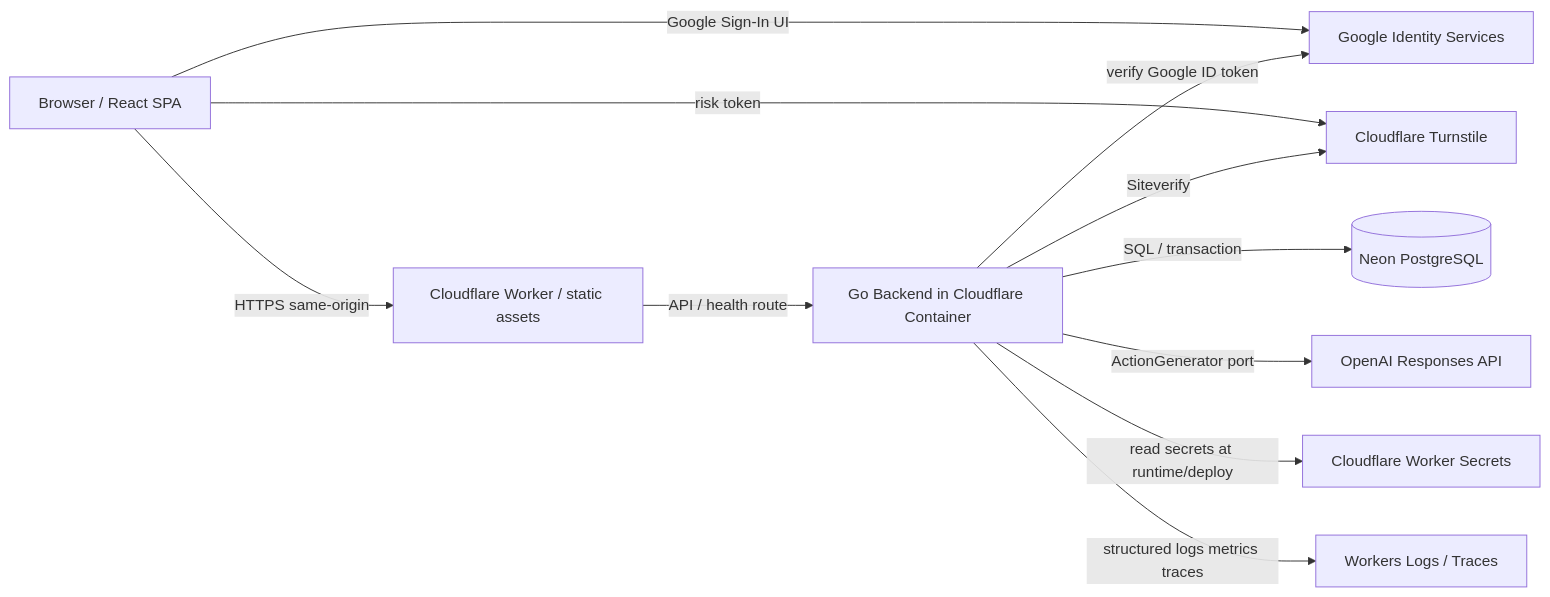
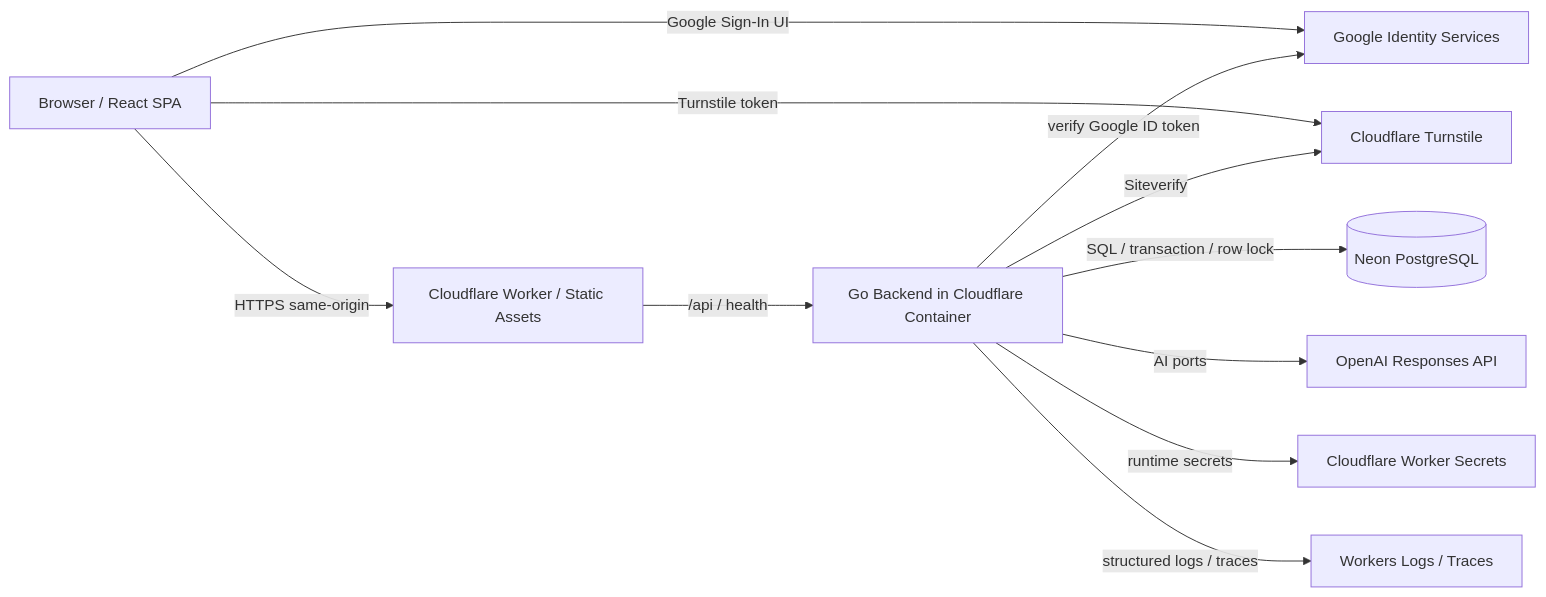
Before and after one commit to fukamu/cycle: the first of 12 diagrams in docs/design.md, drawn with Mermaid. The commit also changed other lines of this file, not shown here.

````diff
--- a/docs/design.md
+++ b/docs/design.md
@@ -163,23 +303,23 @@
 ```mermaid
 flowchart LR
     U[Browser / React SPA]
     G[Google Identity Services]
-    R[Cloudflare Turnstile]
-    W[Cloudflare Worker / static assets]
+    T[Cloudflare Turnstile]
+    W[Cloudflare Worker / Static Assets]
     B[Go Backend in Cloudflare Container]
     D[(Neon PostgreSQL)]
     O[OpenAI Responses API]
     S[Cloudflare Worker Secrets]
     L[Workers Logs / Traces]
 
     U -->|HTTPS same-origin| W
-    W -->|API / health route| B
+    W -->|/api / health| B
     U -->|Google Sign-In UI| G
-    U -->|risk token| R
+    U -->|Turnstile token| T
     B -->|verify Google ID token| G
-    B -->|Siteverify| R
-    B -->|SQL / transaction| D
-    B -->|ActionGenerator port| O
-    B -->|read secrets at runtime/deploy| S
-    B -->|structured logs metrics traces| L
+    B -->|Siteverify| T
+    B -->|SQL / transaction / row lock| D
+    B -->|AI ports| O
+    B -->|runtime secrets| S
+    B -->|structured logs / traces| L
 ```
````
